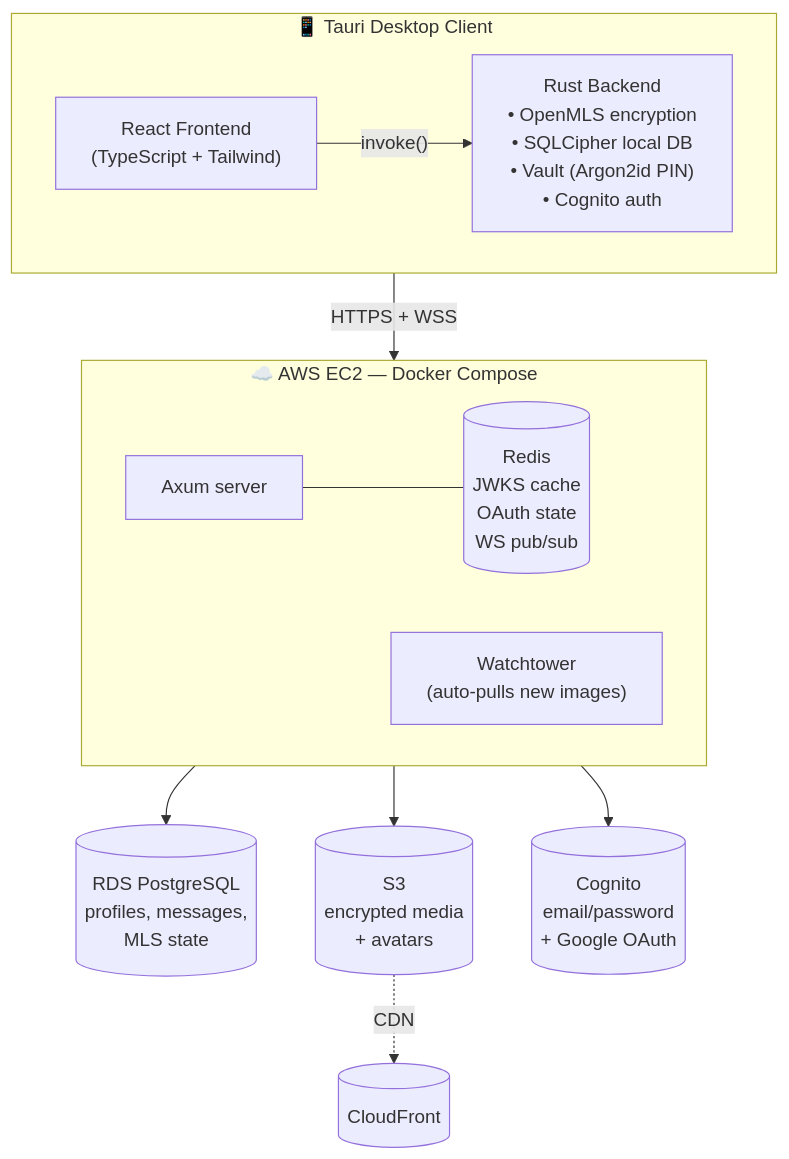
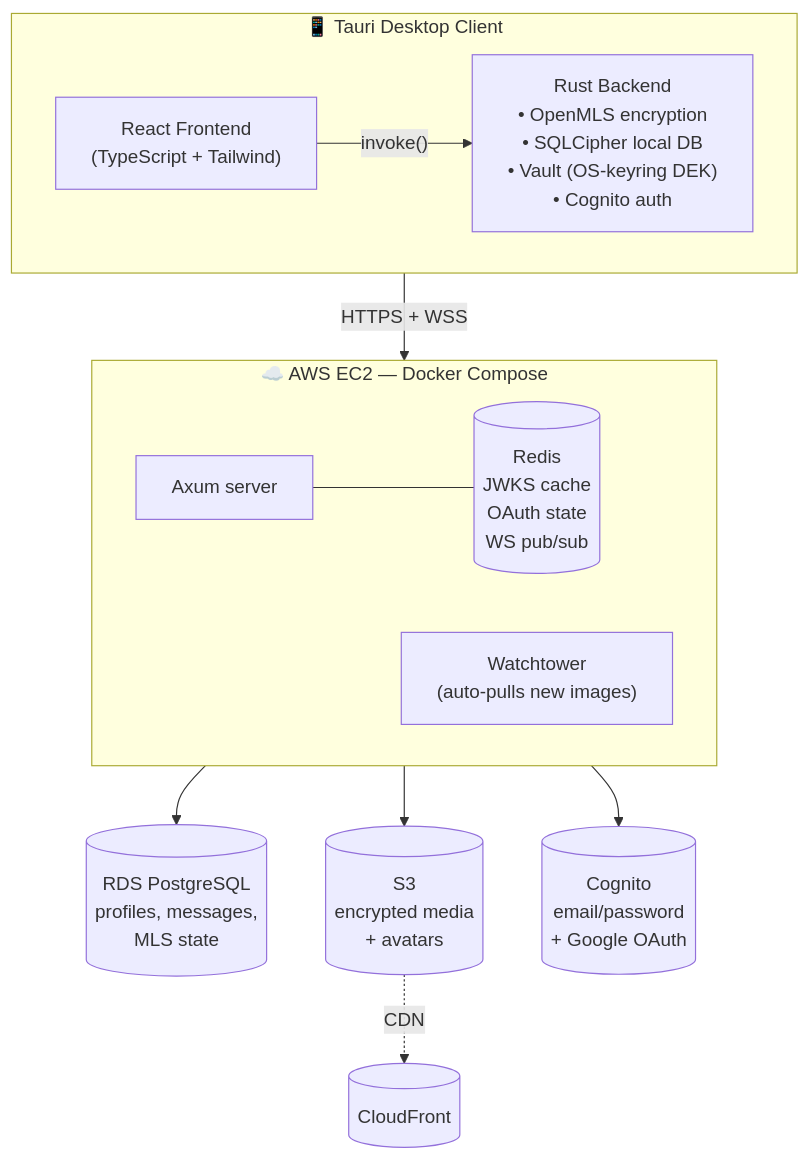
The second of 2 diagrams in README.md (abhichenna00/Cryptext_Client), drawn with Mermaid before and after one commit. The commit also changed other lines of this file and 1 other file, not shown here.

Commit message:
docs: correct README vault description to match keyring-based key storage

````diff
--- a/README.md
+++ b/README.md
@@ -89,22 +89,22 @@
 ```mermaid
 flowchart TB
     subgraph Client["📱 Tauri Desktop Client"]
         UI["React Frontend<br/>(TypeScript + Tailwind)"]
-        Core["Rust Backend<br/>• OpenMLS encryption<br/>• SQLCipher local DB<br/>• Vault (Argon2id PIN)<br/>• Cognito auth"]
+        Core["Rust Backend<br/>• OpenMLS encryption<br/>• SQLCipher local DB<br/>• Vault (OS-keyring DEK)<br/>• Cognito auth"]
         UI -- "invoke()" --> Core
     end
 
     Client -- "HTTPS + WSS" --> EC2
 
     subgraph EC2["☁️ AWS EC2 — Docker Compose"]
         Axum["Axum server"]
         Redis[("Redis<br/>JWKS cache<br/>OAuth state<br/>WS pub/sub")]
         WT["Watchtower<br/>(auto-pulls new images)"]
         Axum --- Redis
     end
 
     EC2 --> RDS[("RDS PostgreSQL<br/>profiles, messages,<br/>MLS state")]
     EC2 --> S3[("S3<br/>encrypted media<br/>+ avatars")]
     EC2 --> Cognito[("Cognito<br/>email/password<br/>+ Google OAuth")]
     S3 -. CDN .-> CF[("CloudFront")]
 ```
````
